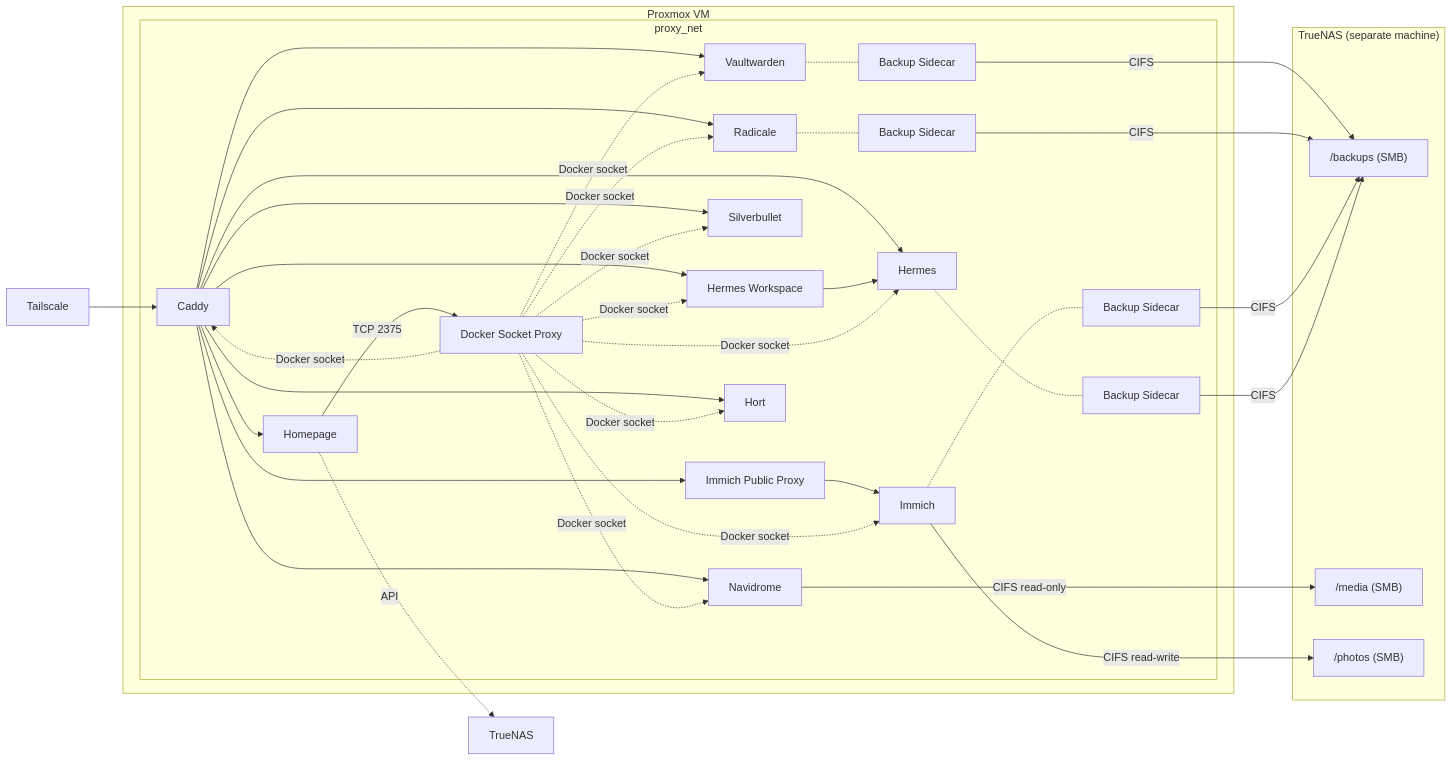
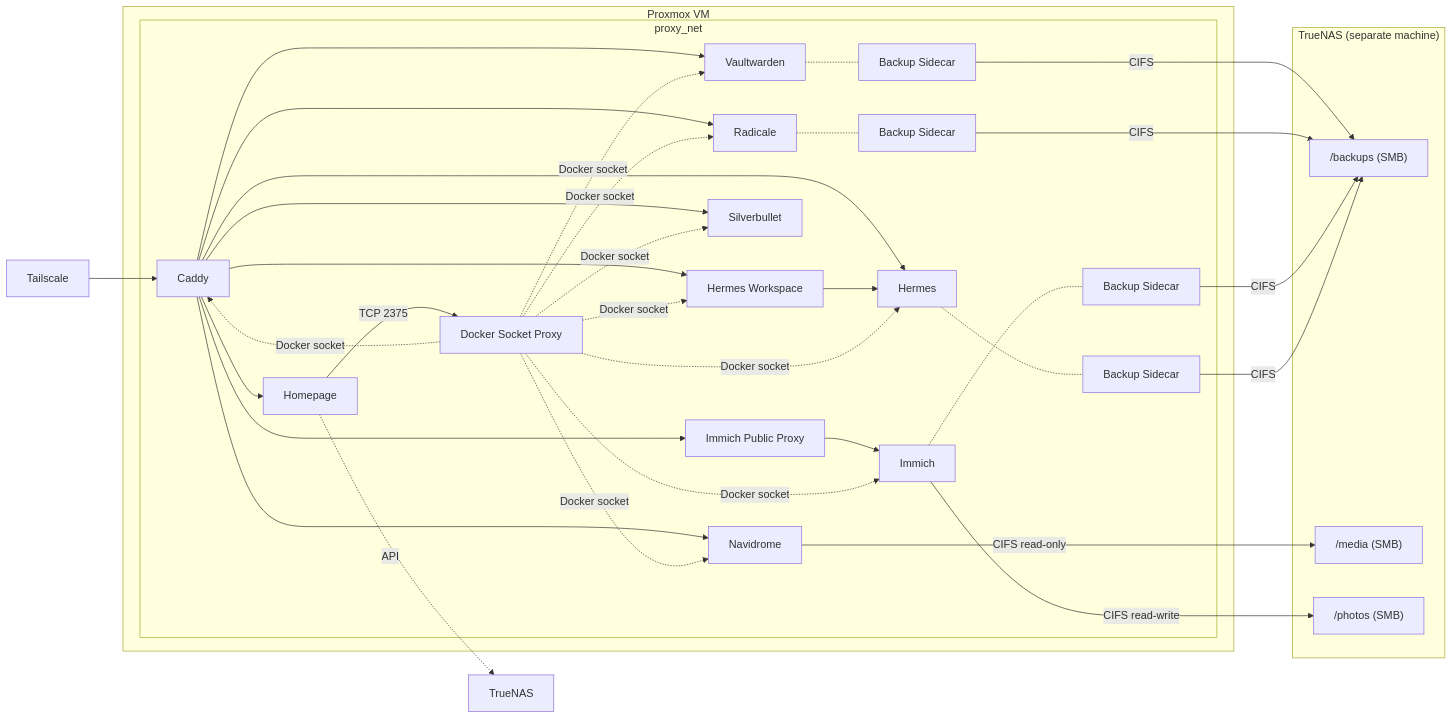
The first of 2 diagrams in README.md (masolnada/homelab), drawn with Mermaid before and after one commit. The commit also changed other lines of this file and 5 other files, not shown here.

````diff
--- a/README.md
+++ b/README.md
@@ -7,50 +7,48 @@
 ```mermaid
 graph LR
     TS[Tailscale] --> Caddy
 
     subgraph VM["Proxmox VM"]
         subgraph proxy_net
             Caddy --> Homepage
             Caddy --> Vaultwarden
             Caddy --> Navidrome
             Caddy --> Radicale
             Caddy --> Silverbullet
             Caddy --> ImmichProxy[Immich Public Proxy]
             Caddy --> Hermes
             Caddy --> HermesWorkspace[Hermes Workspace]
             HermesWorkspace --> Hermes
-            Caddy --> Hort
             ImmichProxy --> Immich[Immich]
             Homepage -->|TCP 2375| DockerProxy[Docker Socket Proxy]
             DockerProxy -.->|Docker socket| Caddy
             DockerProxy -.->|Docker socket| Vaultwarden
             DockerProxy -.->|Docker socket| Navidrome
             DockerProxy -.->|Docker socket| Radicale
             DockerProxy -.->|Docker socket| Silverbullet
             DockerProxy -.->|Docker socket| Immich
             DockerProxy -.->|Docker socket| Hermes
             DockerProxy -.->|Docker socket| HermesWorkspace
-            DockerProxy -.->|Docker socket| Hort
             Vaultwarden -.- Backup[Backup Sidecar]
             Radicale -.- RadBackup[Backup Sidecar]
             Immich -.- ImmichBackup[Backup Sidecar]
             Hermes -.- HermesBackup[Backup Sidecar]
         end
     end
 
     subgraph NAS["TrueNAS (separate machine)"]
         backups["/backups (SMB)"]
         media["/media (SMB)"]
         photos["/photos (SMB)"]
     end
 
     Homepage -.->|API| TrueNAS
 
     Backup -->|CIFS| backups
     RadBackup -->|CIFS| backups
     ImmichBackup -->|CIFS| backups
     HermesBackup -->|CIFS| backups
 
     Navidrome -->|CIFS read-only| media
     Immich -->|CIFS read-write| photos
 ```
````
